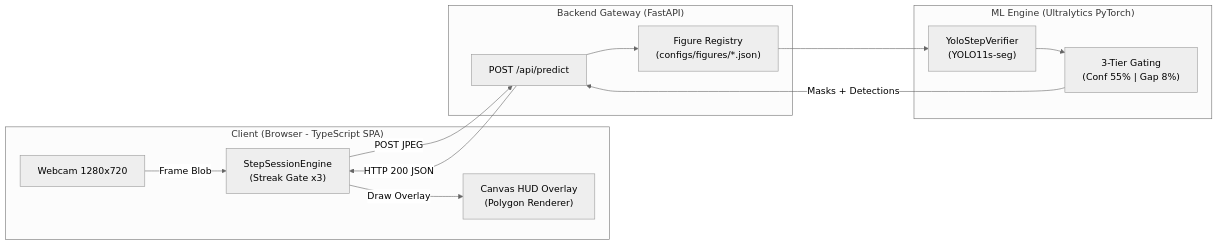
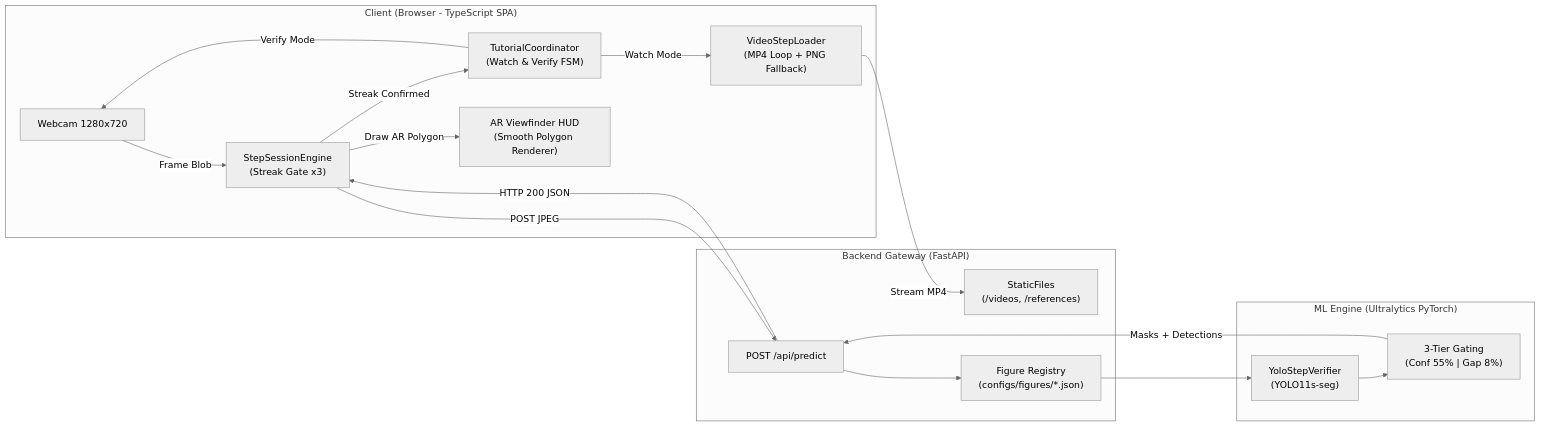
One commit to Puwizz/GamiCheckpoint changed the diagram in README.md. Above: the diagram before and after it, drawn with Mermaid (neutral theme). The commit also changed other lines of this file and 1 other file, not shown here.

Commit message:
docs: update architecture, README, and system flow for dual-stage coaching & AR HUD

````diff
--- a/README.md
+++ b/README.md
@@ -53,27 +53,34 @@
 ```mermaid
 flowchart LR
     subgraph Browser["Client (Browser - TypeScript SPA)"]
         Cam["Webcam 1280x720"]
+        Tutor["TutorialCoordinator<br/>(Watch & Verify FSM)"]
+        Video["VideoStepLoader<br/>(MP4 Loop + PNG Fallback)"]
         Engine["StepSessionEngine<br/>(Streak Gate x3)"]
-        Canvas["Canvas HUD Overlay<br/>(Polygon Renderer)"]
+        Canvas["AR Viewfinder HUD<br/>(Smooth Polygon Renderer)"]
     end
 
     subgraph Backend["Backend Gateway (FastAPI)"]
         API["POST /api/predict"]
+        Media["StaticFiles<br/>(/videos, /references)"]
         Registry["Figure Registry<br/>(configs/figures/*.json)"]
     end
 
     subgraph ML["ML Engine (Ultralytics PyTorch)"]
         Verifier["YoloStepVerifier<br/>(YOLO11s-seg)"]
         Gating["3-Tier Gating<br/>(Conf 55% | Gap 8%)"]
     end
 
+    Tutor -->|Watch Mode| Video
+    Video -->|Stream MP4| Media
+    Tutor -->|Verify Mode| Cam
     Cam -->|Frame Blob| Engine
     Engine -->|POST JPEG| API
     API --> Registry
     Registry --> Verifier
     Verifier --> Gating
     Gating -->|Masks + Detections| API
     API -->|HTTP 200 JSON| Engine
-    Engine -->|Draw Overlay| Canvas
+    Engine -->|Streak Confirmed| Tutor
+    Engine -->|Draw AR Polygon| Canvas
 ```
````
